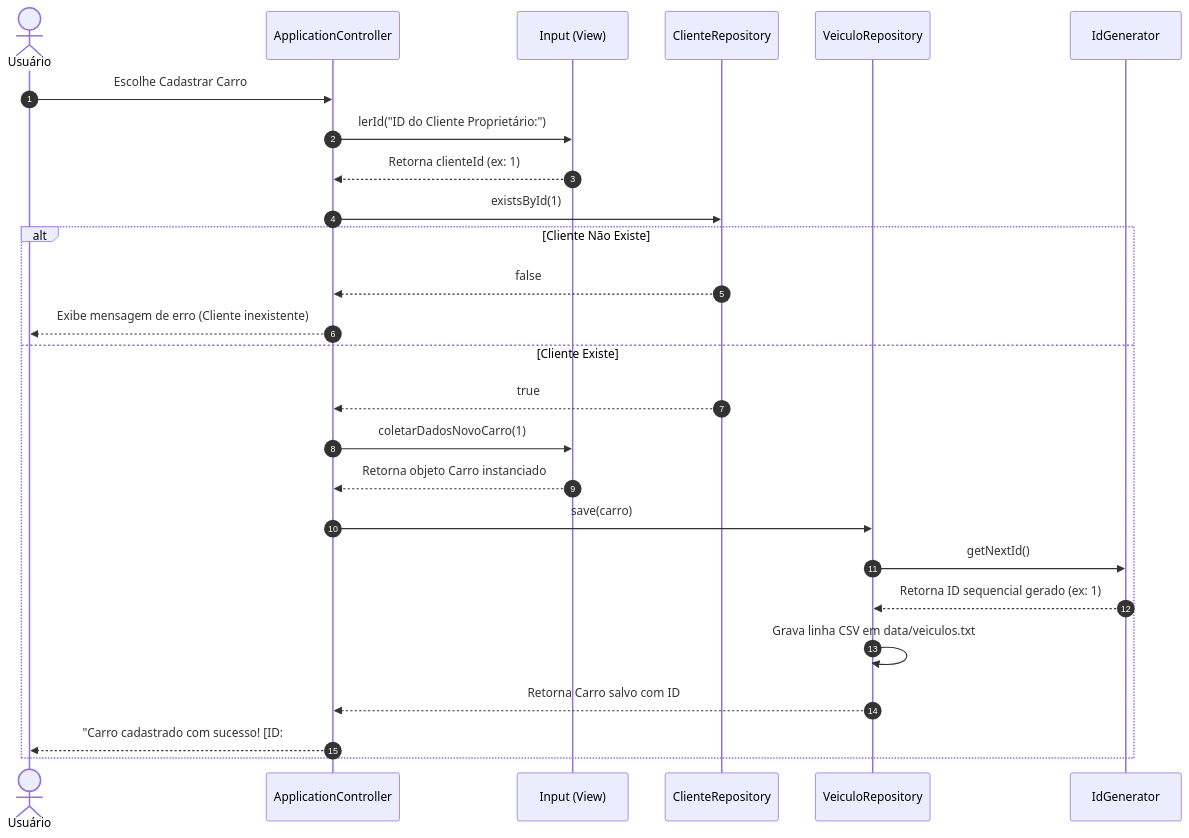
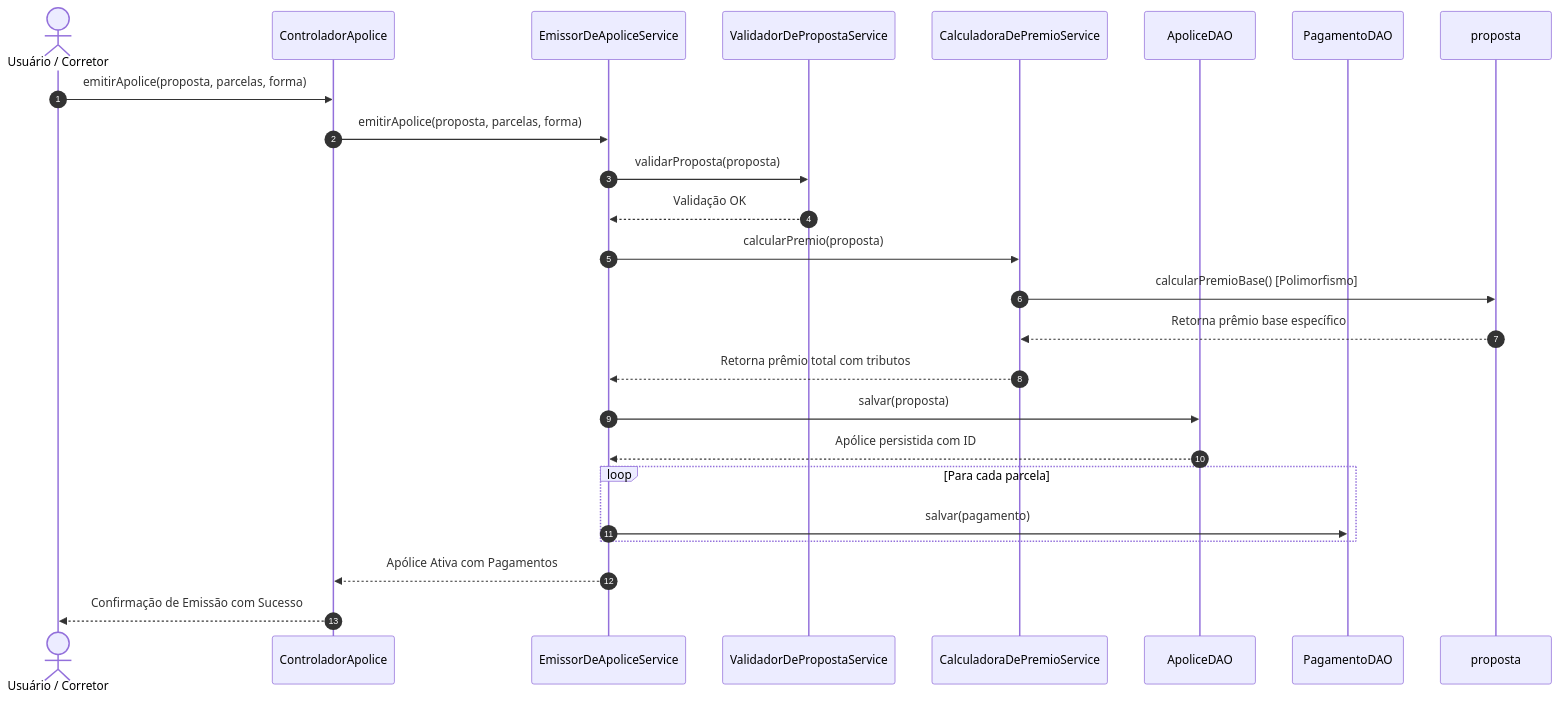
The second of 2 diagrams in docs/uml.md (JOAO2666/Sistema-de-Gerenciamento-de-Clientes-e-Ve-culos-POO), drawn with Mermaid before and after one commit. The commit also changed other lines of this file and 66 other files, not shown here.

````diff
--- a/docs/uml.md
+++ b/docs/uml.md
@@ -186,30 +218,27 @@
 ```mermaid
 sequenceDiagram
     autonumber
-    actor Usuario as Usuário
-    participant Controller as ApplicationController
-    participant Input as Input (View)
-    participant CliRepo as ClienteRepository
-    participant VeiRepo as VeiculoRepository
-    participant IdGen as IdGenerator
+    actor Usuario as Usuário / Corretor
+    participant Ctrl as ControladorApolice
+    participant Emissor as EmissorDeApoliceService
+    participant Validador as ValidadorDePropostaService
+    participant Calc as CalculadoraDePremioService
+    participant ApDao as ApoliceDAO
+    participant PagDao as PagamentoDAO
 
-    Usuario->>Controller: Escolhe Cadastrar Carro
-    Controller->>Input: lerId("ID do Cliente Proprietário:")
-    Input-->>Controller: Retorna clienteId (ex: 1)
-    
-    Controller->>CliRepo: existsById(1)
-    alt Cliente Não Existe
-        CliRepo-->>Controller: false
-        Controller-->>Usuario: Exibe mensagem de erro (Cliente inexistente)
-    else Cliente Existe
-        CliRepo-->>Controller: true
-        Controller->>Input: coletarDadosNovoCarro(1)
-        Input-->>Controller: Retorna objeto Carro instanciado
-        Controller->>VeiRepo: save(carro)
-        VeiRepo->>IdGen: getNextId()
-        IdGen-->>VeiRepo: Retorna ID sequencial gerado (ex: 1)
-        VeiRepo->>VeiRepo: Grava linha CSV em data/veiculos.txt
-        VeiRepo-->>Controller: Retorna Carro salvo com ID
-        Controller-->>Usuario: "Carro cadastrado com sucesso! [ID: #1]"
+    Usuario->>Ctrl: emitirApolice(proposta, parcelas, forma)
+    Ctrl->>Emissor: emitirApolice(proposta, parcelas, forma)
+    Emissor->>Validador: validarProposta(proposta)
+    Validador-->>Emissor: Validação OK
+    Emissor->>Calc: calcularPremio(proposta)
+    Calc->>proposta: calcularPremioBase() [Polimorfismo]
+    proposta-->>Calc: Retorna prêmio base específico
+    Calc-->>Emissor: Retorna prêmio total com tributos
+    Emissor->>ApDao: salvar(proposta)
+    ApDao-->>Emissor: Apólice persistida com ID
+    loop Para cada parcela
+        Emissor->>PagDao: salvar(pagamento)
     end
+    Emissor-->>Ctrl: Apólice Ativa com Pagamentos
+    Ctrl-->>Usuario: Confirmação de Emissão com Sucesso
 ```
````
